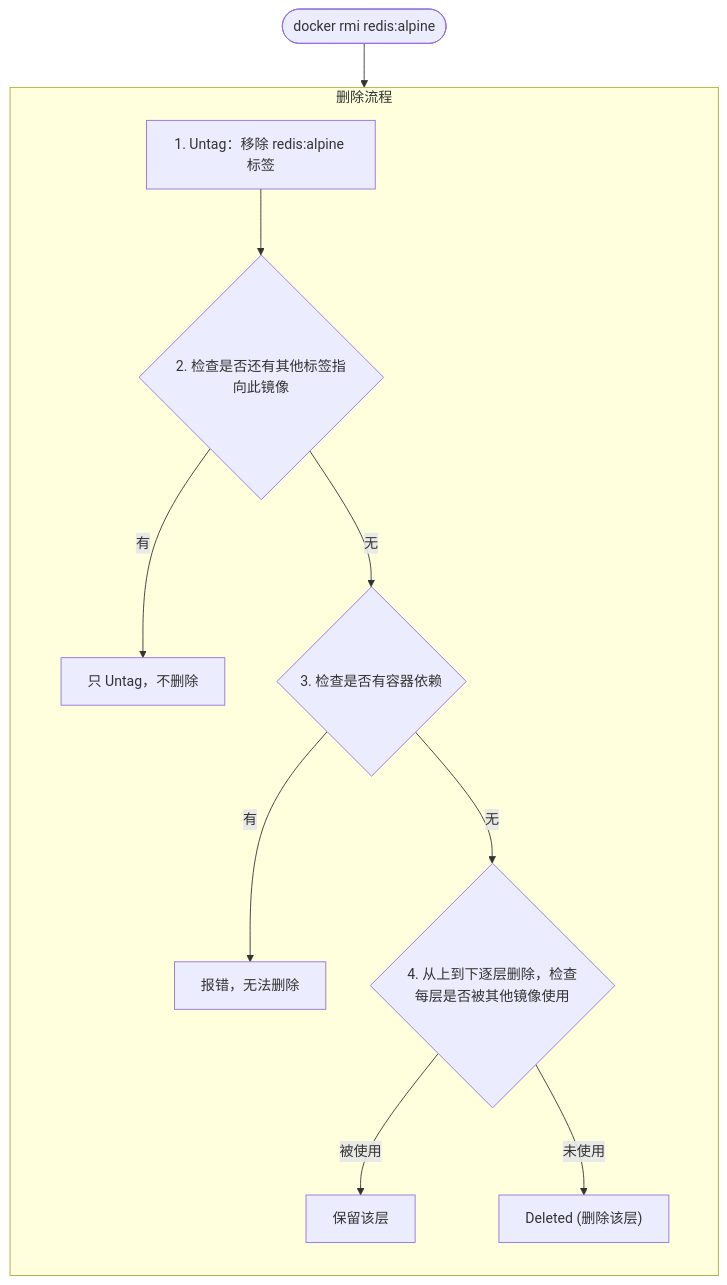
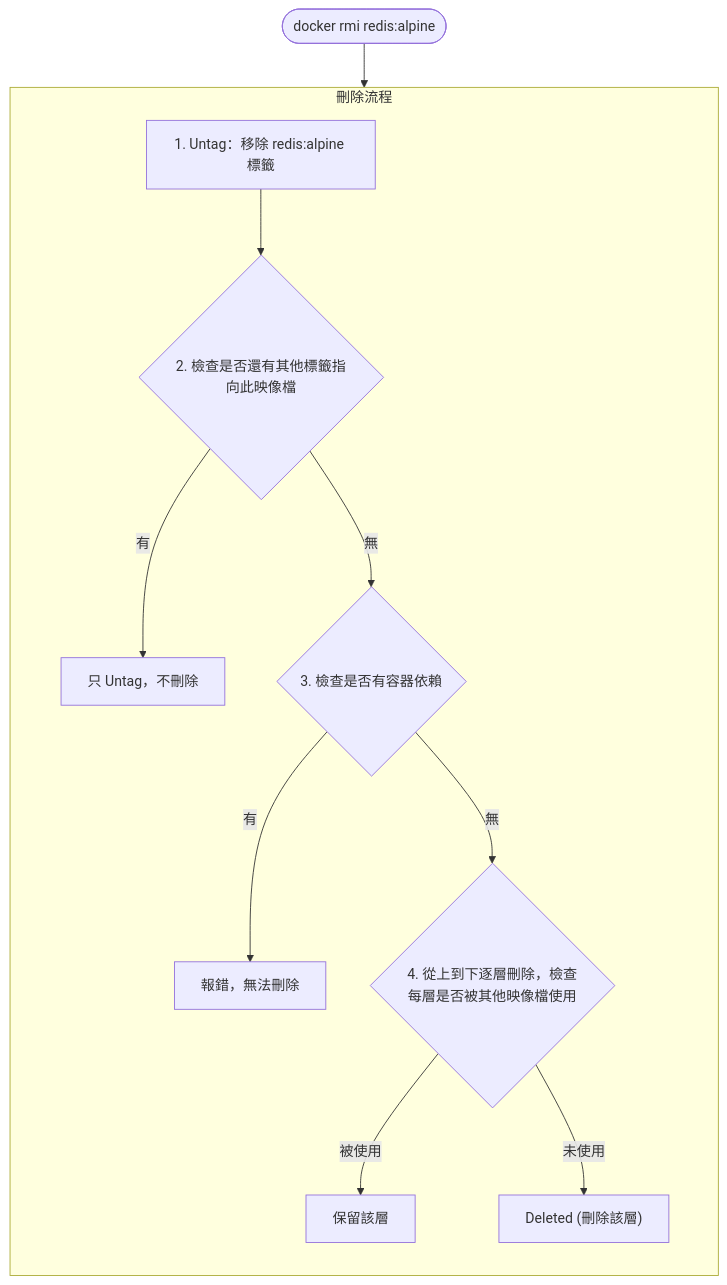
Before and after one commit to alexkuoecity/docker-practice-master-zh-tw: the diagram in 04_image/4.3_rm.md, drawn with Mermaid. The commit also changed other lines of this file and 200 other files, not shown here.

````diff
--- a/04_image/4.3_rm.md
+++ b/04_image/4.3_rm.md
@@ -95,21 +95,21 @@
 ```mermaid
 flowchart TD
     Start(["docker rmi redis:alpine"]) --> Step1
 
-    subgraph Process ["删除流程"]
+    subgraph Process ["刪除流程"]
         direction TB
-        Step1["1. Untag：移除 redis:alpine 标签"] --> Step2
+        Step1["1. Untag：移除 redis:alpine 標籤"] --> Step2
 
-        Step2{"2. 检查是否还有其他标签指向此镜像"}
-        Step2 -- "有" --> Keep1["只 Untag，不删除"]
-        Step2 -- "无" --> Step3
+        Step2{"2. 檢查是否還有其他標籤指向此映像檔"}
+        Step2 -- "有" --> Keep1["只 Untag，不刪除"]
+        Step2 -- "無" --> Step3
 
-        Step3{"3. 检查是否有容器依赖"}
-        Step3 -- "有" --> Error["报错，无法删除"]
-        Step3 -- "无" --> Step4
+        Step3{"3. 檢查是否有容器依賴"}
+        Step3 -- "有" --> Error["報錯，無法刪除"]
+        Step3 -- "無" --> Step4
 
-        Step4{"4. 从上到下逐层删除，检查每层是否被其他镜像使用"}
-        Step4 -- "被使用" --> Keep2["保留该层"]
-        Step4 -- "未使用" --> Delete["Deleted (删除该层)"]
+        Step4{"4. 從上到下逐層刪除，檢查每層是否被其他映像檔使用"}
+        Step4 -- "被使用" --> Keep2["保留該層"]
+        Step4 -- "未使用" --> Delete["Deleted (刪除該層)"]
     end
 ```
````
